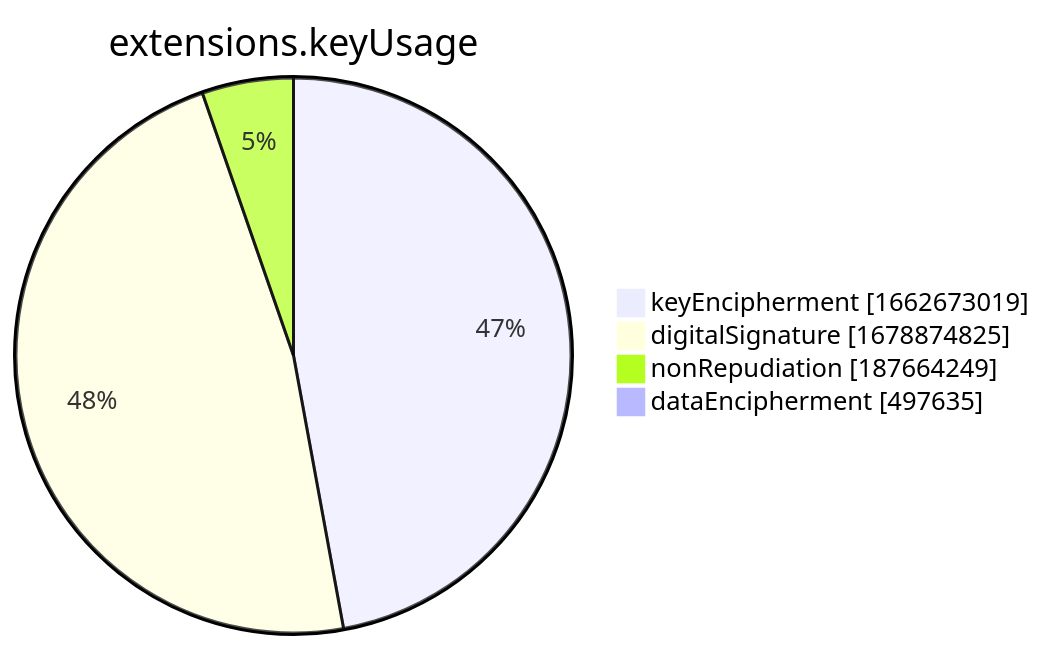
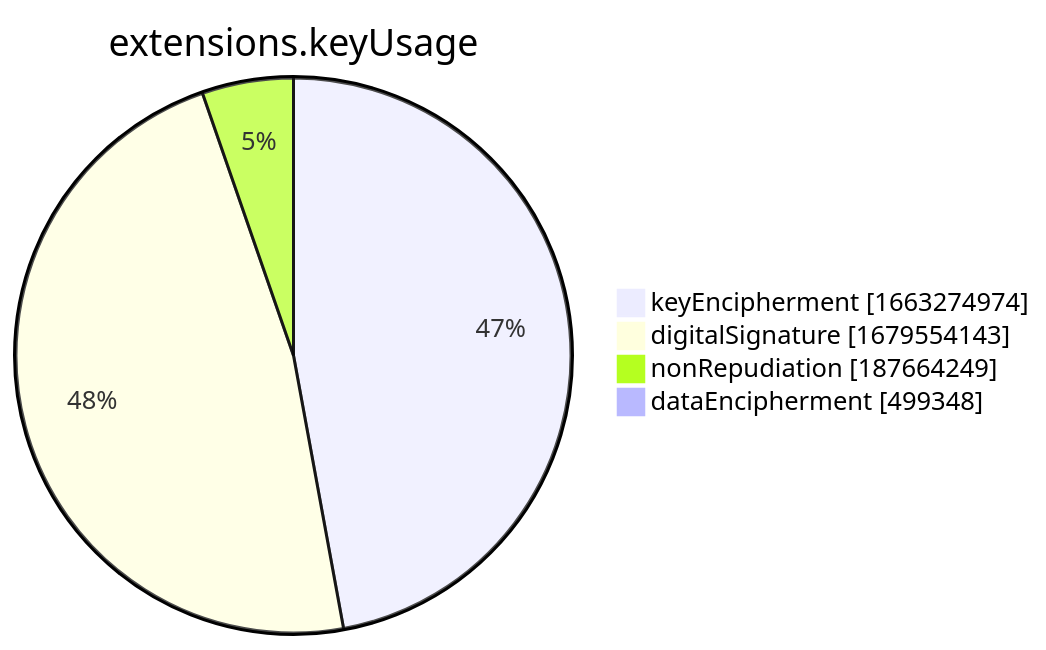
Before and after one commit to christiankrug/ctmonitor_visualization: the seventh of 15 diagrams in xenon2022/README.md, drawn with Mermaid. The commit also changed other lines of this file, not shown here.

````diff
--- a/xenon2022/README.md
+++ b/xenon2022/README.md
@@ -2857,8 +2857,8 @@
 ```mermaid
 pie showData
 title extensions.keyUsage
-"keyEncipherment" :1662673019
-"digitalSignature" :1678874825
+"keyEncipherment" :1663274974
+"digitalSignature" :1679554143
 "nonRepudiation" :187664249
-"dataEncipherment" :497635
+"dataEncipherment" :499348
 ```
````
